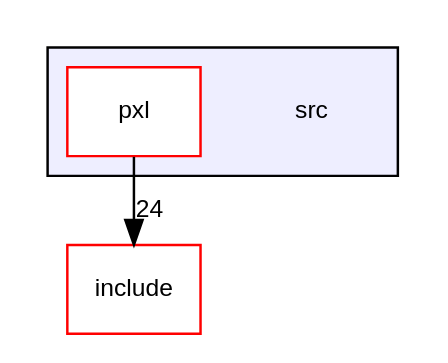
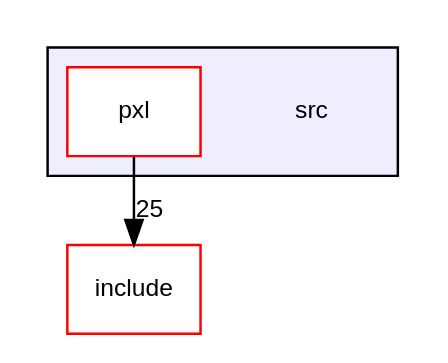
Before and after one commit to Pixel-Lib/Pixel: the diagram in dir_68267d1309a1af8e8297ef4c3efbcdba_dep.dot, drawn with Graphviz. The commit also changed 130 other files, not shown here.

```diff
--- a/dir_68267d1309a1af8e8297ef4c3efbcdba_dep.dot
+++ b/dir_68267d1309a1af8e8297ef4c3efbcdba_dep.dot
@@ -1,12 +1,12 @@
 digraph "src" {
   compound=true
   node [ fontsize="10", fontname="Helvetica"];
   edge [ labelfontsize="10", labelfontname="Helvetica"];
   subgraph clusterdir_68267d1309a1af8e8297ef4c3efbcdba {
     graph [ bgcolor="#eeeeff", pencolor="black", label="" URL="dir_68267d1309a1af8e8297ef4c3efbcdba.html"];
     dir_68267d1309a1af8e8297ef4c3efbcdba [shape=plaintext label="src"];
   dir_87a857eff530ad659c1a04633acb58d5 [shape=box label="pxl" fillcolor="white" style="filled" color="red" URL="dir_87a857eff530ad659c1a04633acb58d5.html"];
   }
   dir_d44c64559bbebec7f509842c48db8b23 [shape=box label="include" fillcolor="white" style="filled" color="red" URL="dir_d44c64559bbebec7f509842c48db8b23.html"];
-  dir_87a857eff530ad659c1a04633acb58d5->dir_d44c64559bbebec7f509842c48db8b23 [headlabel="24", labeldistance=1.5 headhref="dir_000006_000000.html"];
+  dir_87a857eff530ad659c1a04633acb58d5->dir_d44c64559bbebec7f509842c48db8b23 [headlabel="25", labeldistance=1.5 headhref="dir_000006_000000.html"];
 }
```
